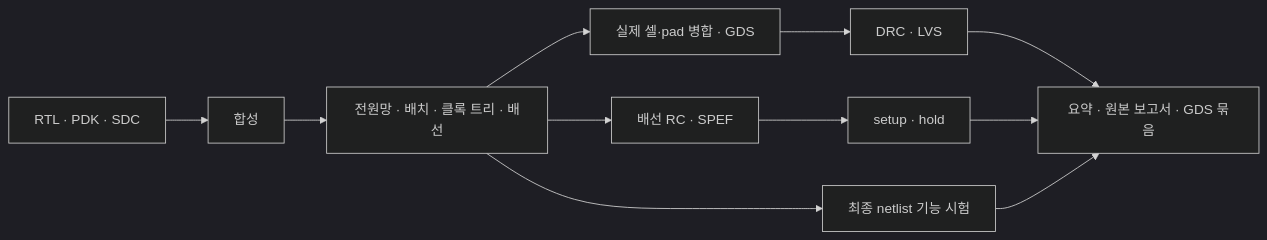
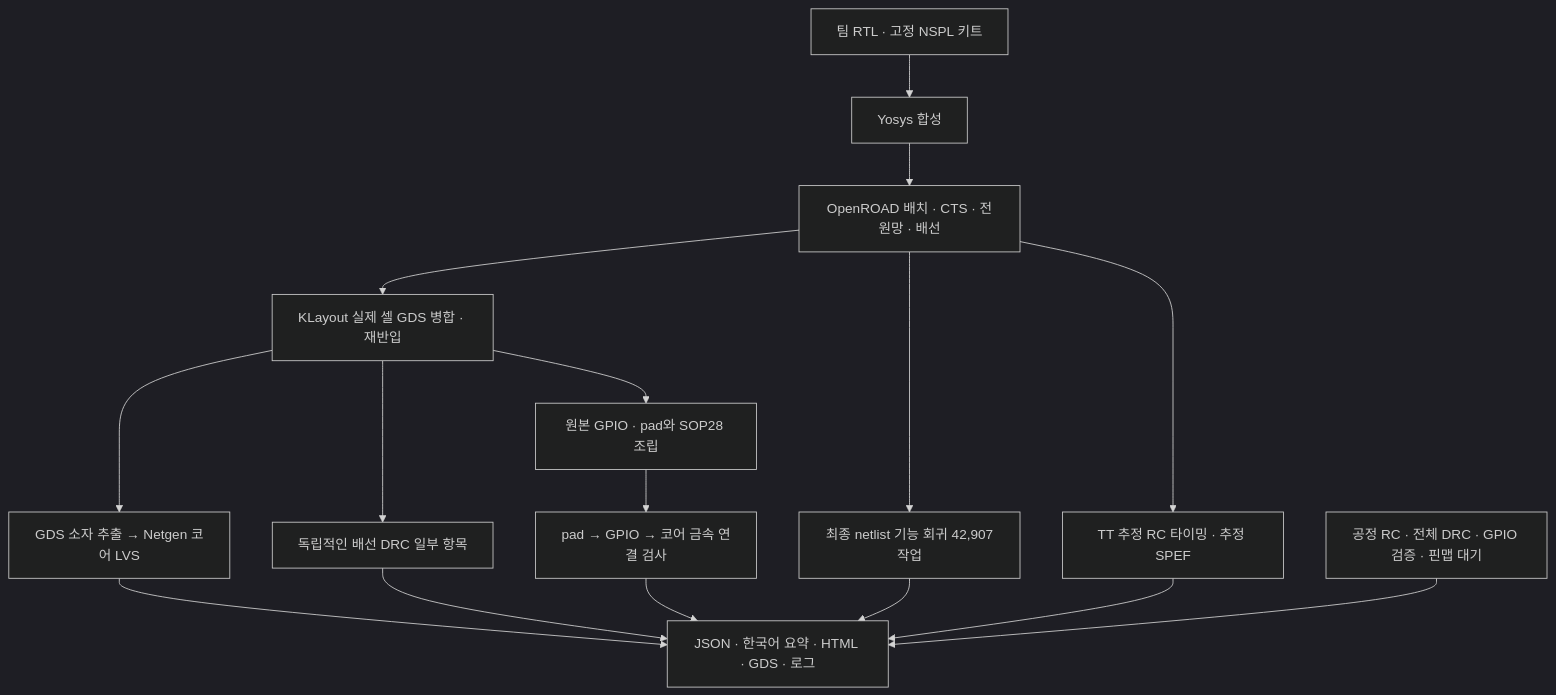
The diagram in docs/verification/rtl-to-gds-guide.md (SNU-SSC-Lab/circuit-team-05), drawn with Mermaid (dark theme) before and after one commit. The commit also changed other lines of this file and 40 other files, not shown here.

Commit message:
feat: build NSPL core and proposed SOP28 GDS with scoped checks

````diff
--- a/docs/verification/rtl-to-gds-guide.md
+++ b/docs/verification/rtl-to-gds-guide.md
@@ -37,13 +9,18 @@
 ```mermaid
-flowchart LR
-    RTL["RTL · PDK · SDC"] --> SYN["합성"]
-    SYN --> PNR["전원망 · 배치 · 클록 트리 · 배선"]
-    PNR --> GDS["실제 셀·pad 병합 · GDS"]
-    GDS --> PV["DRC · LVS"]
-    PNR --> RC["배선 RC · SPEF"]
-    RC --> STA["setup · hold"]
-    PNR --> FUNC["최종 netlist 기능 시험"]
-    PV --> R["요약 · 원본 보고서 · GDS 묶음"]
-    STA --> R
-    FUNC --> R
+flowchart TD
+    RTL["팀 RTL · 고정 NSPL 키트"] --> SYN["Yosys 합성"]
+    SYN --> PNR["OpenROAD 배치 · CTS · 전원망 · 배선"]
+    PNR --> CORE["KLayout 실제 셀 GDS 병합 · 재반입"]
+    CORE --> LVS["GDS 소자 추출 → Netgen 코어 LVS"]
+    CORE --> DRC["독립적인 배선 DRC 일부 항목"]
+    CORE --> CHIP["원본 GPIO · pad와 SOP28 조립"]
+    CHIP --> METAL["pad → GPIO → 코어 금속 연결 검사"]
+    PNR --> GATE["최종 netlist 기능 회귀 42,907작업"]
+    PNR --> EST["TT 추정 RC 타이밍 · 추정 SPEF"]
+    LVS --> REPORT["JSON · 한국어 요약 · HTML · GDS · 로그"]
+    DRC --> REPORT
+    METAL --> REPORT
+    GATE --> REPORT
+    EST --> REPORT
+    GAP["공정 RC · 전체 DRC · GPIO 검증 · 핀맵 대기"] --> REPORT
 ```
````
